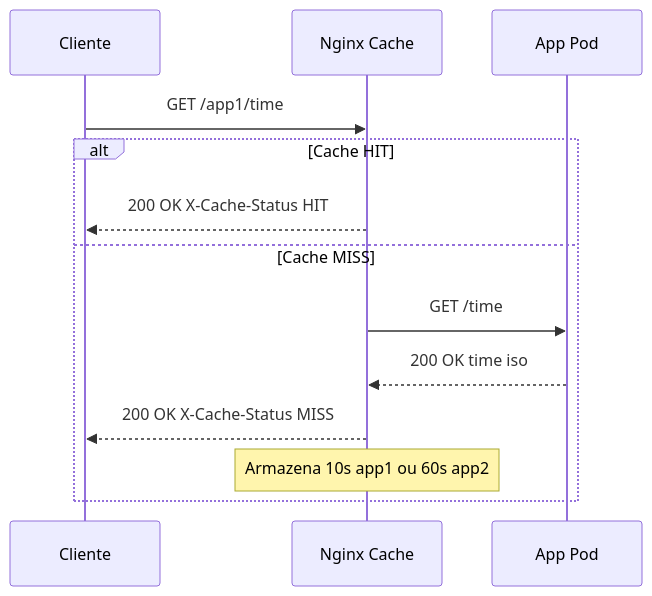
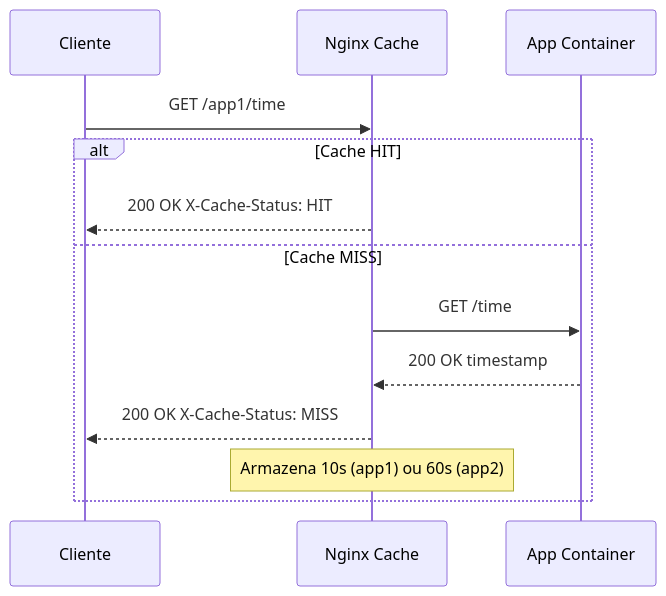
Before and after one commit to wilsongomes345/to-brasil: the second of 3 diagrams in docs/architecture.md, drawn with Mermaid. The commit also changed other lines of this file and 9 other files, not shown here.

````diff
--- a/docs/architecture.md
+++ b/docs/architecture.md
@@ -83,16 +69,16 @@
 ```mermaid
 sequenceDiagram
     participant C as Cliente
     participant N as Nginx Cache
-    participant A as App Pod
+    participant A as App Container
 
     C->>N: GET /app1/time
     alt Cache HIT
-        N-->>C: 200 OK X-Cache-Status HIT
+        N-->>C: 200 OK  X-Cache-Status: HIT
     else Cache MISS
         N->>A: GET /time
-        A-->>N: 200 OK time iso
-        N-->>C: 200 OK X-Cache-Status MISS
-        Note over N: Armazena 10s app1 ou 60s app2
+        A-->>N: 200 OK  timestamp
+        N-->>C: 200 OK  X-Cache-Status: MISS
+        Note over N: Armazena 10s (app1) ou 60s (app2)
     end
 ```
````
